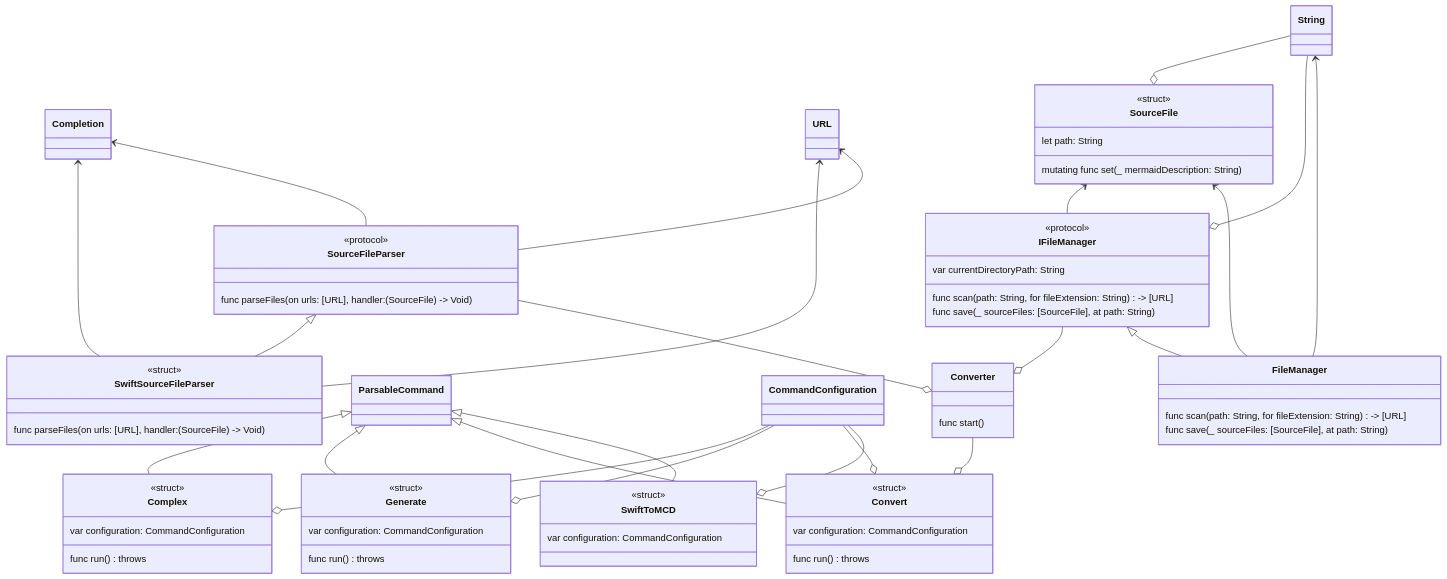
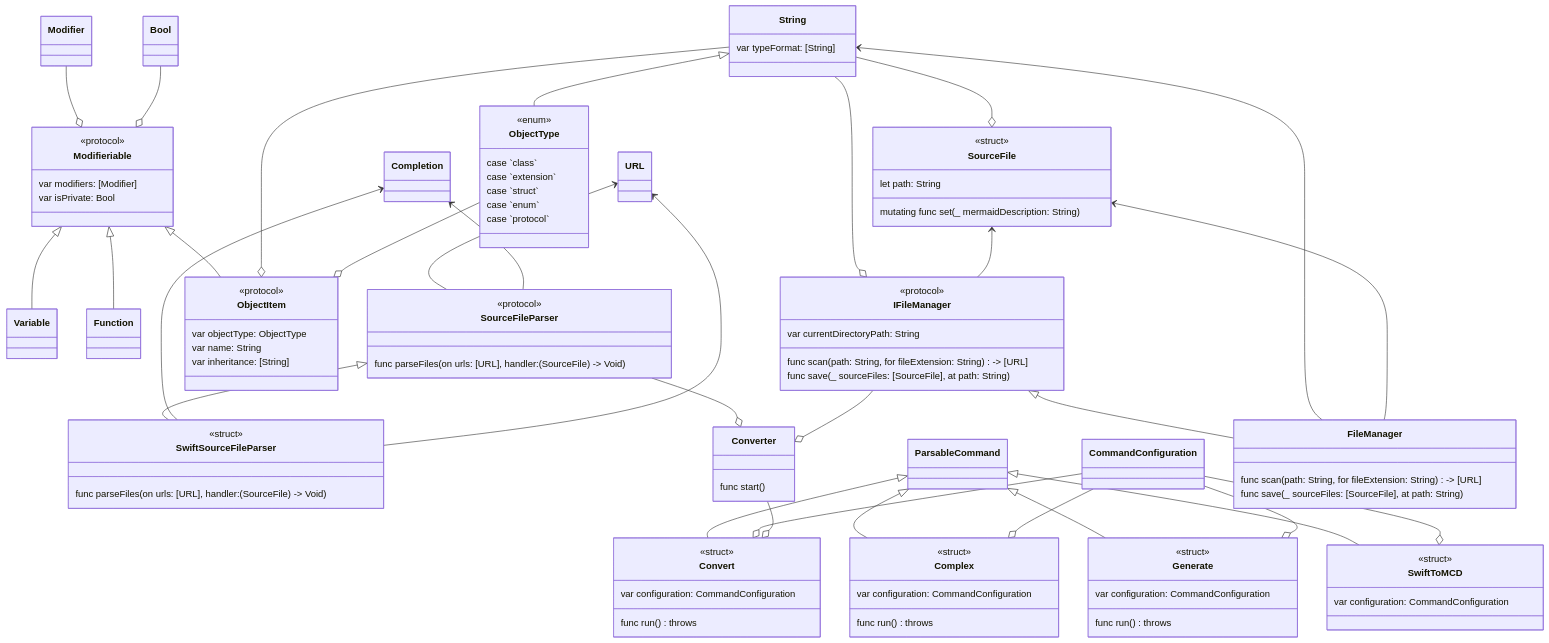
One commit to TimuREC/swift-to-mcd changed the diagram in README.md. Above: the diagram before and after it, drawn with Mermaid. The commit also changed other lines of this file and 6 other files, not shown here.

````diff
--- a/README.md
+++ b/README.md
@@ -9,5 +9,34 @@
 ```mermaid
 classDiagram
+
+class String{
+	var typeFormat: [String]
+	
+}
+
+class Modifieriable{
+	<<protocol>>
+
+	var modifiers: [Modifier]
+	
+}
+Modifier --o Modifieriable
+
+class Modifieriable{
+	var isPrivate: Bool
+	
+}
+Bool --o Modifieriable
+
+Modifieriable <|-- Variable
+class Variable{
+	
+}
+
+Modifieriable <|-- Function
+class Function{
+	
+}
 
 SourceFileParser <|-- SwiftSourceFileParser
 class SwiftSourceFileParser{
@@ -27,6 +56,30 @@
 }
 URL <-- SourceFileParser
 Completion <-- SourceFileParser
+
+String <|-- ObjectType
+class ObjectType{
+	<<enum>>
+
+	case `class`
+	case `extension`
+	case `struct`
+	case `enum`
+	case `protocol`
+	
+}
+
+Modifieriable <|-- ObjectItem
+class ObjectItem{
+	<<protocol>>
+
+	var objectType: ObjectType
+	var name: String
+	var inheritance: [String]
+	
+}
+String --o ObjectItem
+ObjectType --o ObjectItem
 
 ParsableCommand <|-- Complex
 class Complex{
````
